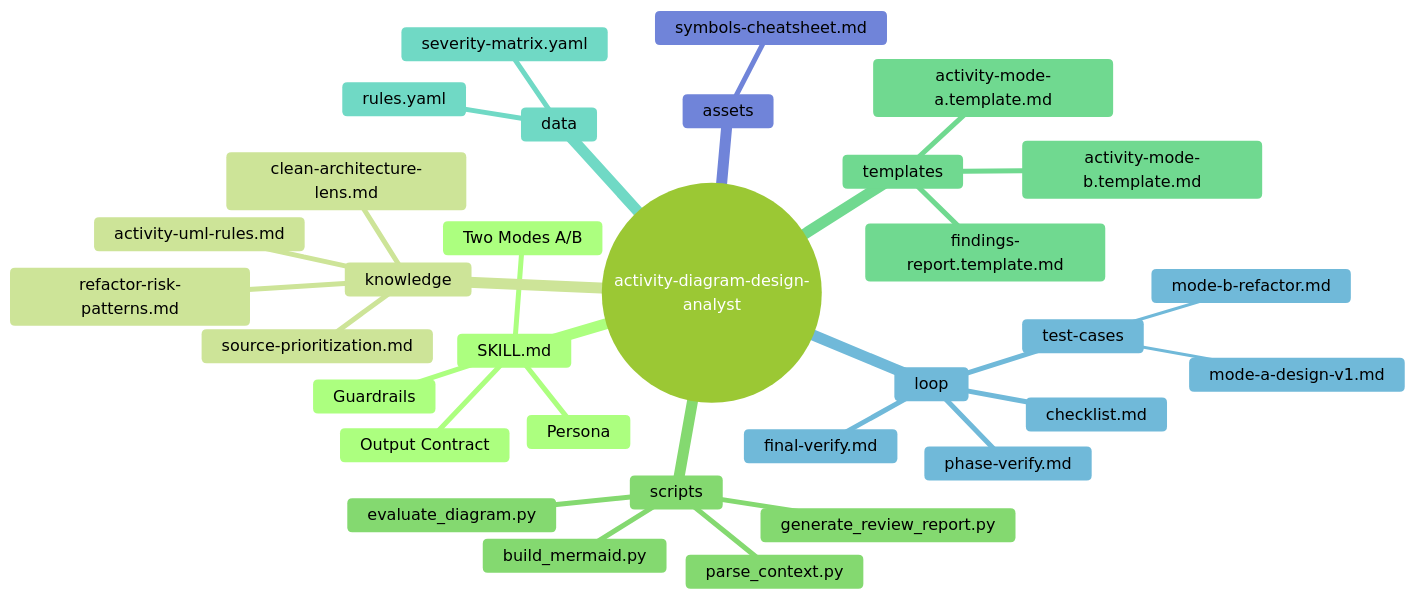
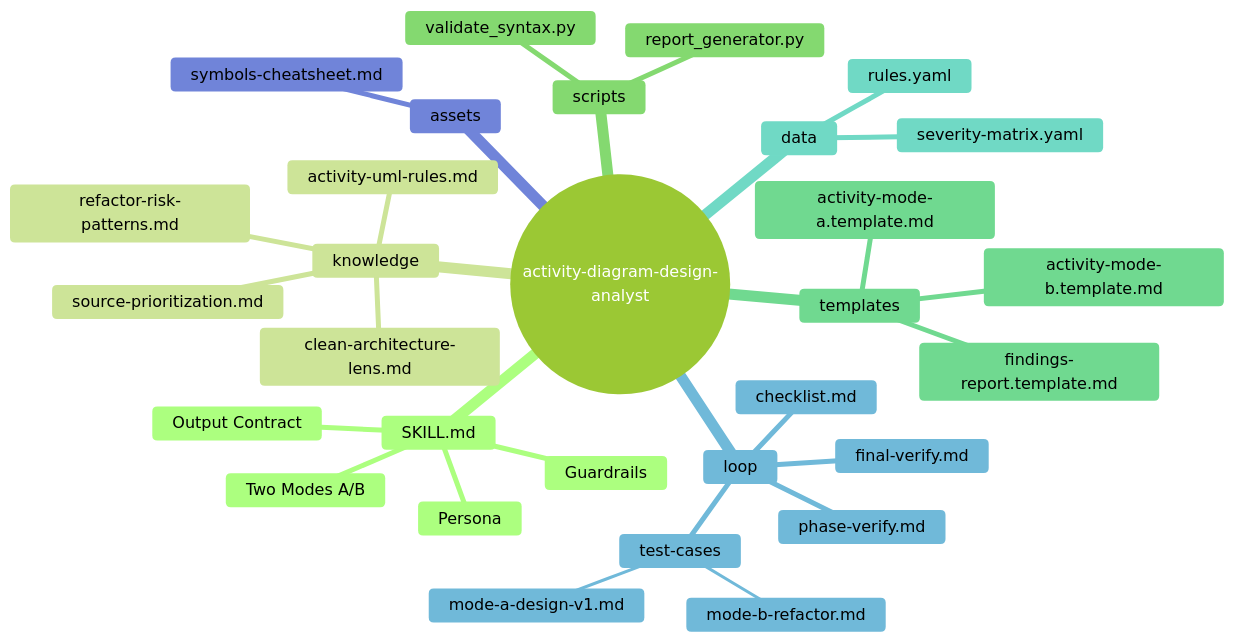
Before and after one commit to vuthuonghai-steve/KLTN-By_Thuong_Hai-Steve: the first of 3 diagrams in .skill-context/activity-diagram-design-analyst/design.md, drawn with Mermaid (forest theme). The commit also changed other lines of this file and 46 other files, not shown here.

````diff
--- a/.skill-context/activity-diagram-design-analyst/design.md
+++ b/.skill-context/activity-diagram-design-analyst/design.md
@@ -87,35 +74,33 @@
 ```mermaid
 mindmap
   root((activity-diagram-design-analyst))
     SKILL.md
       Persona
       Two Modes A/B
       Guardrails
       Output Contract
     knowledge
       activity-uml-rules.md
       refactor-risk-patterns.md
       clean-architecture-lens.md
       source-prioritization.md
     scripts
-      parse_context.py
-      build_mermaid.py
-      evaluate_diagram.py
-      generate_review_report.py
+      validate_syntax.py
+      report_generator.py
     templates
       activity-mode-a.template.md
       activity-mode-b.template.md
       findings-report.template.md
     data
       rules.yaml
       severity-matrix.yaml
     loop
       checklist.md
       phase-verify.md
       final-verify.md
       test-cases
         mode-a-design-v1.md
         mode-b-refactor.md
     assets
       symbols-cheatsheet.md
 ```
````
